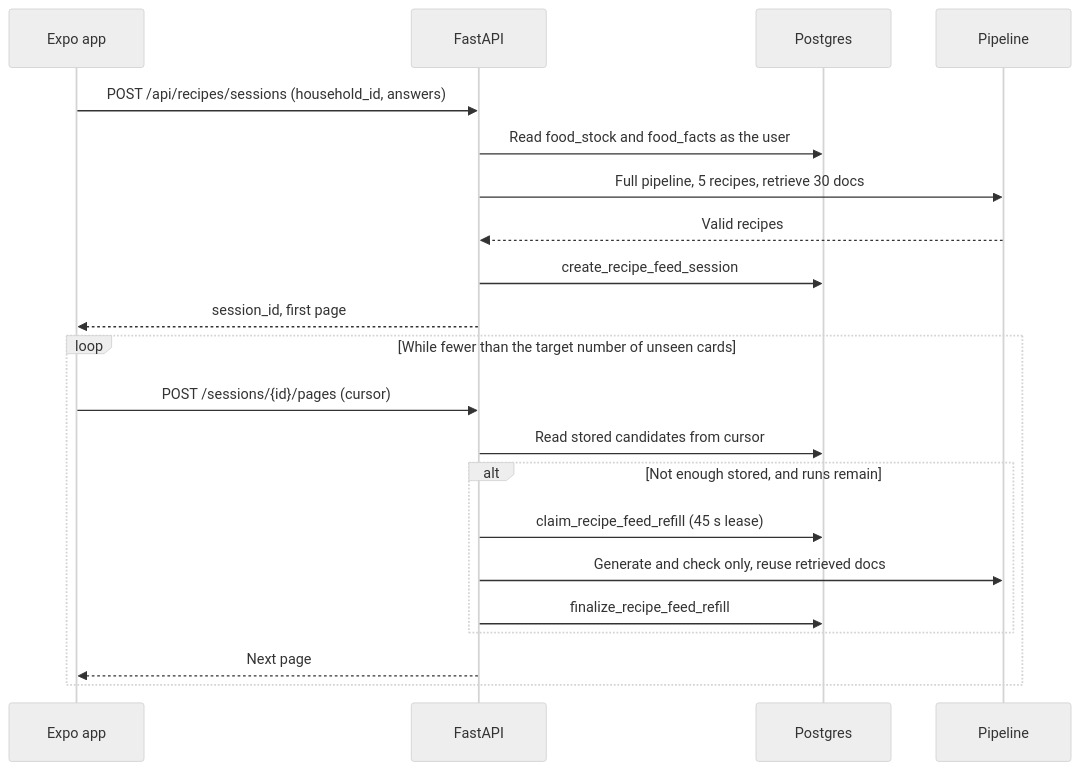
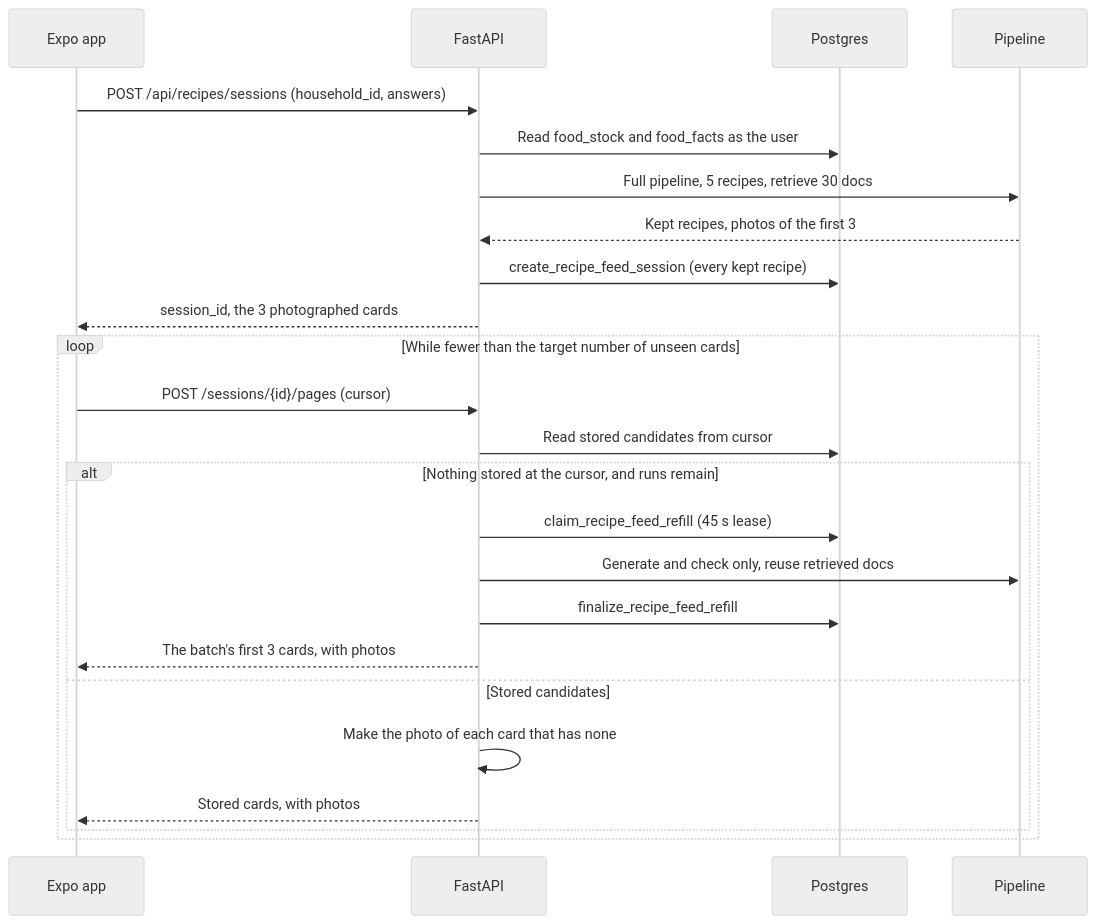
The fourth of 5 diagrams in docs/architecture.md (brandon-sanchez/FreshPlate), drawn with Mermaid (neutral theme) before and after one commit. The commit also changed other lines of this file and 10 other files, not shown here.

First line of the commit message:
perf: show the first three feed cards as soon as they have photos

````diff
--- a/docs/architecture.md
+++ b/docs/architecture.md
@@ -133,25 +133,28 @@
 ```mermaid
 sequenceDiagram
 	participant App as Expo app
 	participant API as FastAPI
 	participant DB as Postgres
 	participant G as Pipeline
 
 	App->>API: POST /api/recipes/sessions (household_id, answers)
 	API->>DB: Read food_stock and food_facts as the user
 	API->>G: Full pipeline, 5 recipes, retrieve 30 docs
-	G-->>API: Valid recipes
-	API->>DB: create_recipe_feed_session
-	API-->>App: session_id, first page
+	G-->>API: Kept recipes, photos of the first 3
+	API->>DB: create_recipe_feed_session (every kept recipe)
+	API-->>App: session_id, the 3 photographed cards
 
 	loop While fewer than the target number of unseen cards
 		App->>API: POST /sessions/{id}/pages (cursor)
 		API->>DB: Read stored candidates from cursor
-		alt Not enough stored, and runs remain
+		alt Nothing stored at the cursor, and runs remain
 			API->>DB: claim_recipe_feed_refill (45 s lease)
 			API->>G: Generate and check only, reuse retrieved docs
 			API->>DB: finalize_recipe_feed_refill
+			API-->>App: The batch's first 3 cards, with photos
+		else Stored candidates
+			API->>API: Make the photo of each card that has none
+			API-->>App: Stored cards, with photos
 		end
-		API-->>App: Next page
 	end
 ```
````
